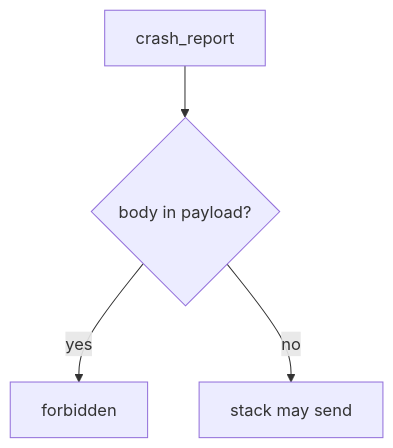
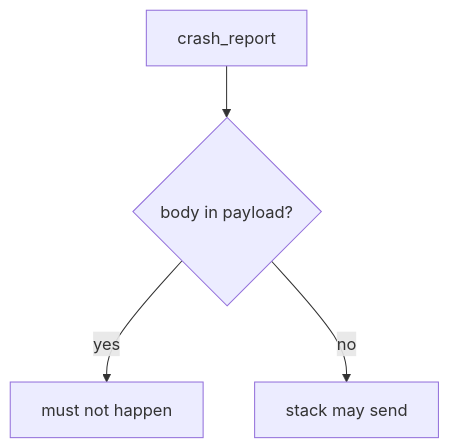
The first of 2 diagrams in content/modules/8/8.5/lessons/02-model.md (ishitvagoel/LearnSecurity), drawn with Mermaid before and after one commit. The commit also changed other lines of this file and 39 other files, not shown here.

````diff
--- a/content/modules/8/8.5/lessons/02-model.md
+++ b/content/modules/8/8.5/lessons/02-model.md
@@ -15,6 +18,6 @@
 ```mermaid
 flowchart TD
   Crash[crash_report] --> Pred{"body in payload?"}
-  Pred -->|yes| Forbid[forbidden]
+  Pred -->|yes| Forbid[must not happen]
   Pred -->|no| Stack[stack may send]
 ```
````
